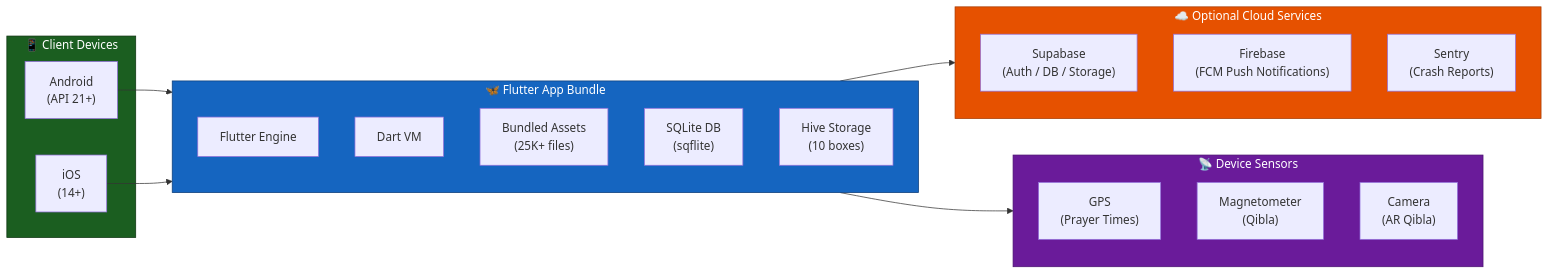
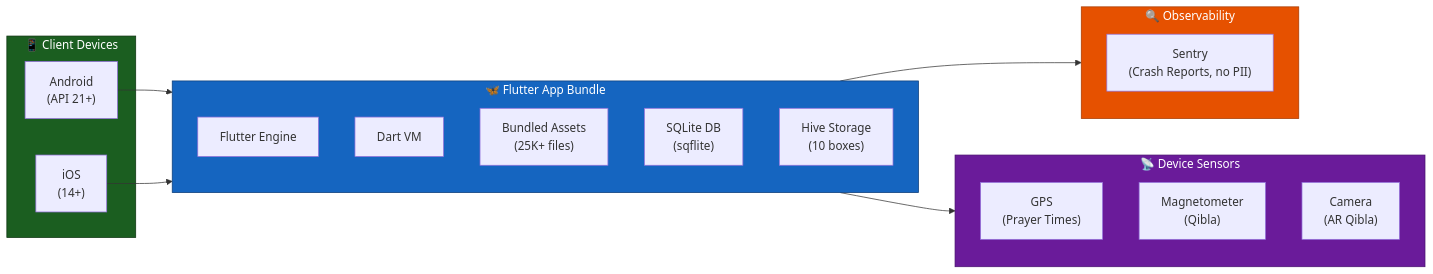
Before and after one commit to 0DukePan/noor-app: the sixth of 6 diagrams in README.md, drawn with Mermaid. The commit also changed other lines of this file and 145 other files, not shown here.

````diff
--- a/README.md
+++ b/README.md
@@ -498,36 +497,34 @@
 ```mermaid
 graph LR
     subgraph ClientDevices["📱 Client Devices"]
         Android["Android\n(API 21+)"]
         iOS["iOS\n(14+)"]
     end
 
     subgraph FlutterApp["🦋 Flutter App Bundle"]
         Engine["Flutter Engine"]
         DartVM["Dart VM"]
         Assets["Bundled Assets\n(25K+ files)"]
         SQLiteDB["SQLite DB\n(sqflite)"]
         HiveDB["Hive Storage\n(10 boxes)"]
     end
 
-    subgraph OptionalCloud["☁️ Optional Cloud Services"]
-        Supabase["Supabase\n(Auth / DB / Storage)"]
-        Firebase["Firebase\n(FCM Push Notifications)"]
-        Sentry["Sentry\n(Crash Reports)"]
+    subgraph Observability["🔍 Observability"]
+        Sentry["Sentry\n(Crash Reports, no PII)"]
     end
 
     subgraph DeviceSensors["📡 Device Sensors"]
         GPS["GPS\n(Prayer Times)"]
         Compass["Magnetometer\n(Qibla)"]
         Camera["Camera\n(AR Qibla)"]
     end
 
     Android & iOS --> FlutterApp
-    FlutterApp --> OptionalCloud
+    FlutterApp --> Observability
     FlutterApp --> DeviceSensors
 
     style ClientDevices fill:#1b5e20,stroke:#0d3310,color:#fff
     style FlutterApp fill:#1565c0,stroke:#0d3d78,color:#fff
-    style OptionalCloud fill:#e65100,stroke:#a63a00,color:#fff
+    style Observability fill:#e65100,stroke:#a63a00,color:#fff
     style DeviceSensors fill:#6a1b9a,stroke:#4a1270,color:#fff
 ```
````
